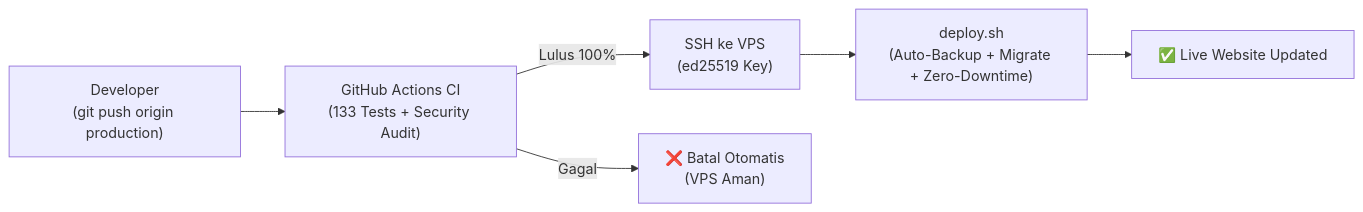
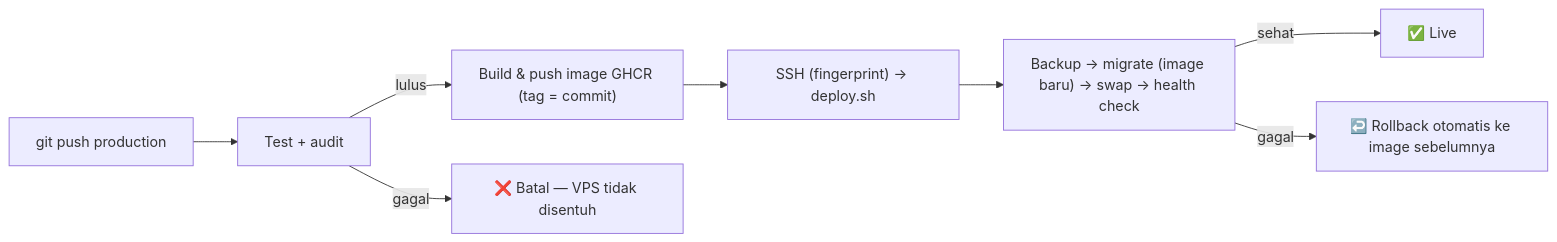
One commit to walhijabarhub/WalhiJBRWeb changed the diagram in DEPLOYMENT.md. Above: the diagram before and after it, drawn with Mermaid. The commit also changed other lines of this file and 14 other files, not shown here.

First line of the commit message:
Fix: deploy, backup, CI/CD & dependensi — rollback otomatis, backup terverifikasi, GHCR (#100)

````diff
--- a/DEPLOYMENT.md
+++ b/DEPLOYMENT.md
@@ -225,8 +228,10 @@
 ```mermaid
 flowchart LR
-    A["Developer<br>(git push origin production)"] --> B["GitHub Actions CI<br>(133 Tests + Security Audit)"]
-    B -->|"Lulus 100%"| C["SSH ke VPS<br>(ed25519 Key)"]
-    B -->|"Gagal"| D["❌ Batal Otomatis<br>(VPS Aman)"]
-    C --> E["deploy.sh<br>(Auto-Backup + Migrate + Zero-Downtime)"]
-    E --> F["✅ Live Website Updated"]
+    A["git push production"] --> B["Test + audit"]
+    B -->|lulus| C["Build & push image GHCR (tag = commit)"]
+    B -->|gagal| X["❌ Batal — VPS tidak disentuh"]
+    C --> D["SSH (fingerprint) → deploy.sh"]
+    D --> E["Backup → migrate (image baru) → swap → health check"]
+    E -->|sehat| F["✅ Live"]
+    E -->|gagal| G["↩️ Rollback otomatis ke image sebelumnya"]
 ```
````
